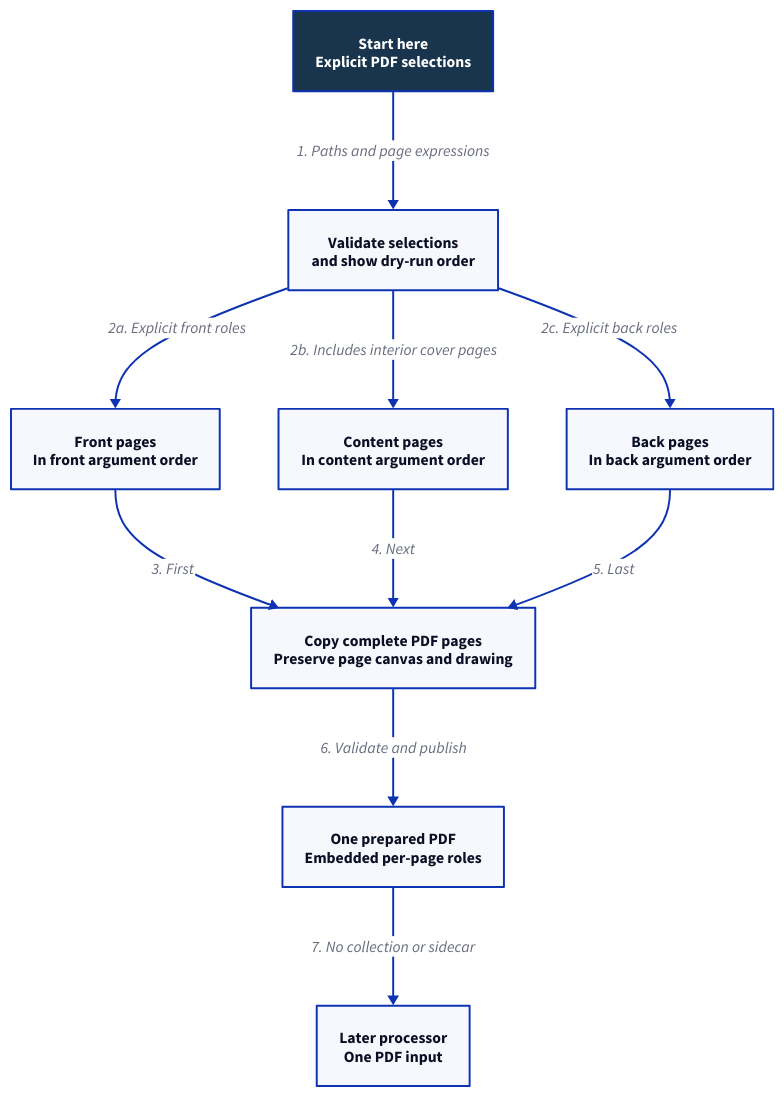
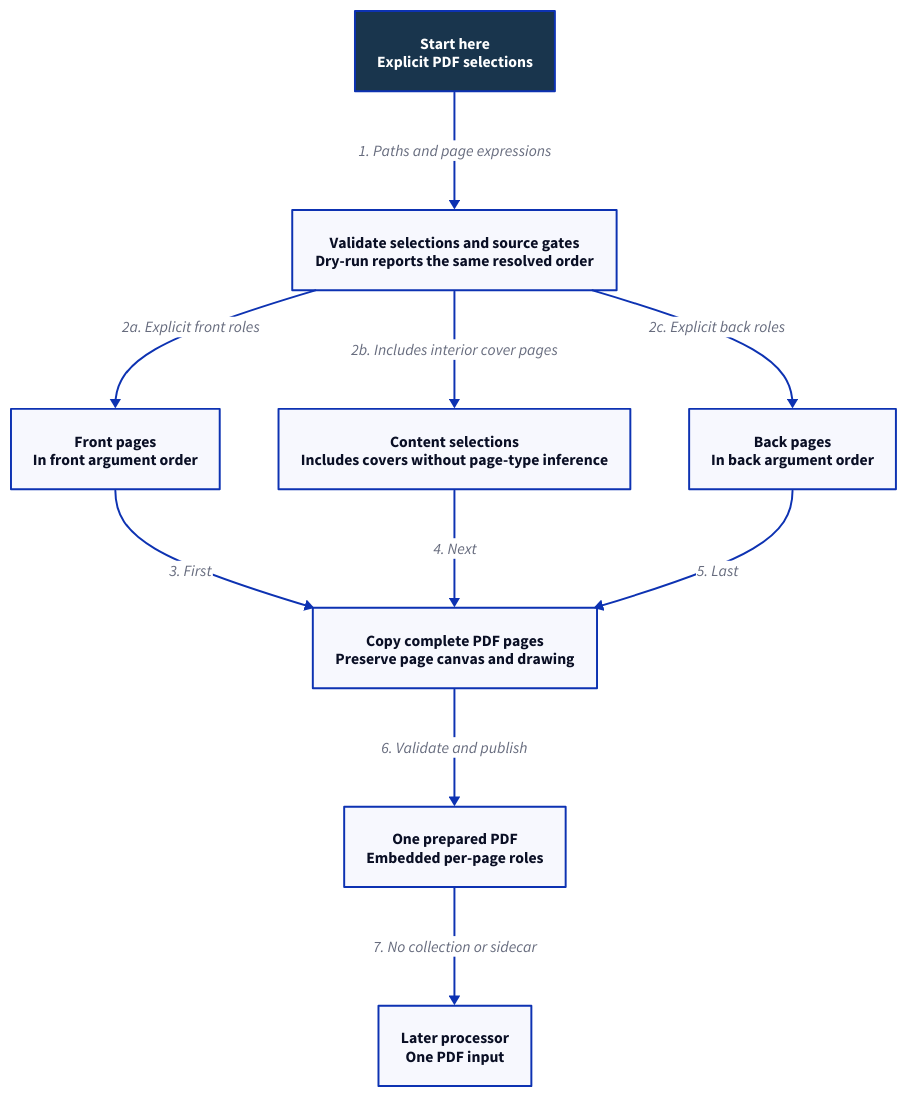
One commit to Linkuistics/BookScanBuilder changed the diagram in docs/design/prepared-pdf/assembly.d2. Above: the diagram before and after it, drawn with D2. The commit also changed 13 other files, not shown here.

```diff
--- a/docs/design/prepared-pdf/assembly.d2
+++ b/docs/design/prepared-pdf/assembly.d2
@@ -1,20 +1,20 @@
 direction: down
 start: Start here\nExplicit PDF selections {
   style: {fill: "#19354D"; font-color: white; bold: true}
 }
-resolve: Validate selections\nand show dry-run order
+resolve: Validate selections and source gates\nDry-run reports the same resolved order
 front: Front pages\nIn front argument order
-content: Content pages\nIn content argument order
+content: Content selections\nIncludes covers without page-type inference
 back: Back pages\nIn back argument order
 copy: Copy complete PDF pages\nPreserve page canvas and drawing
 output: One prepared PDF\nEmbedded per-page roles
 processor: Later processor\nOne PDF input
 start -> resolve: 1. Paths and page expressions
 resolve -> front: 2a. Explicit front roles
 resolve -> content: 2b. Includes interior cover pages
 resolve -> back: 2c. Explicit back roles
 front -> copy: 3. First
 content -> copy: 4. Next
 back -> copy: 5. Last
 copy -> output: 6. Validate and publish
 output -> processor: 7. No collection or sidecar
```
